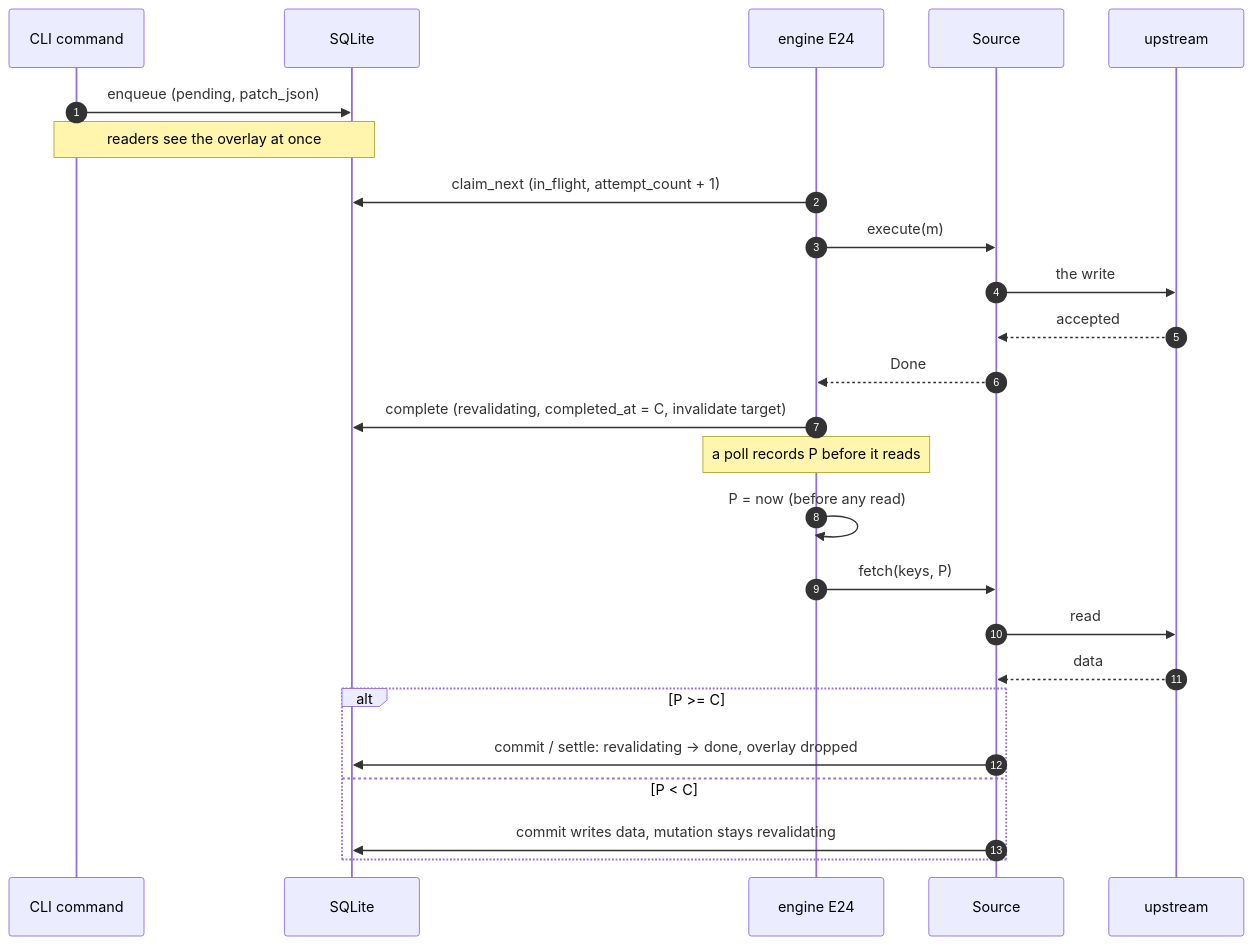
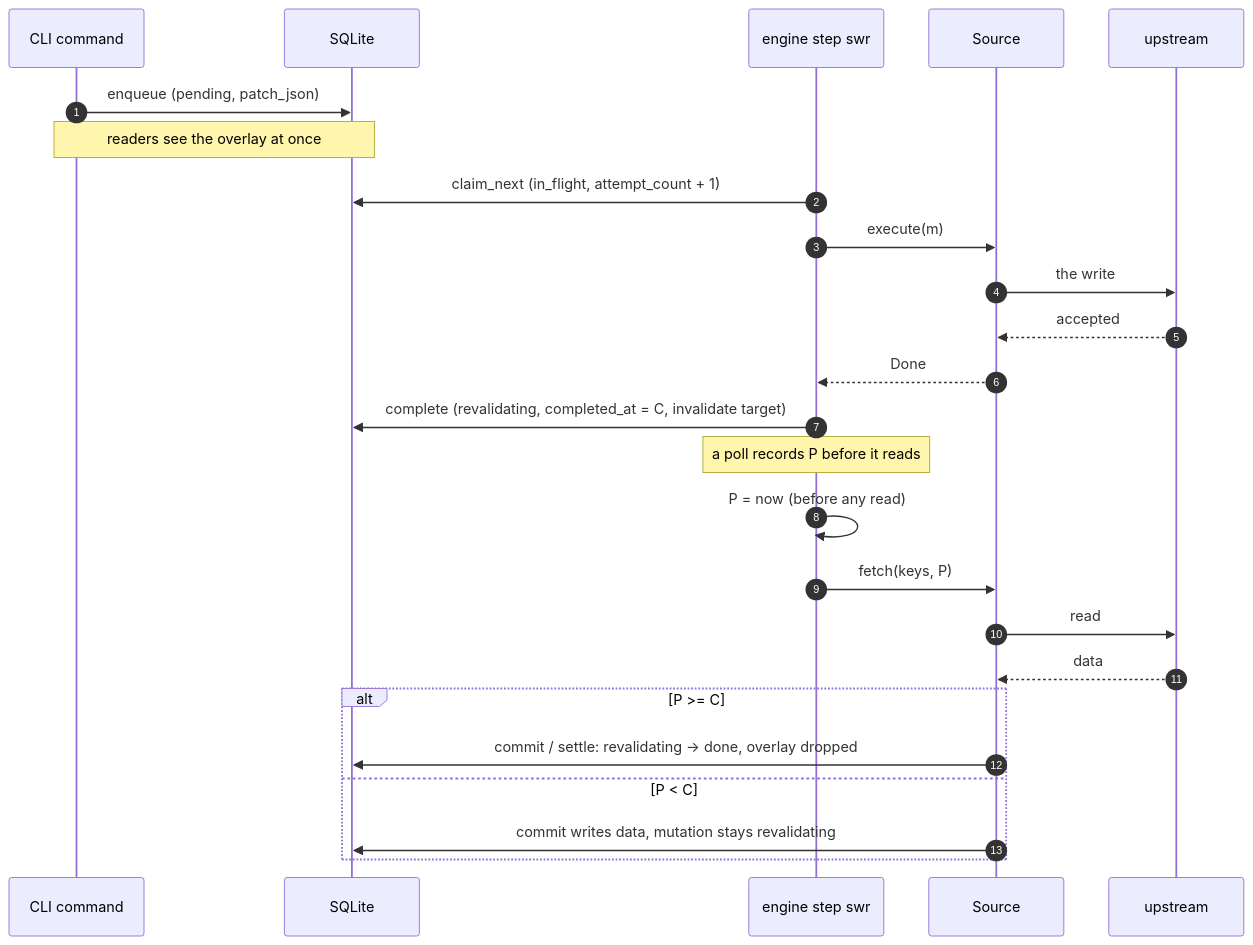
The second of 2 diagrams in docs/architecture/swr.md (clayton-duarte/cpd), drawn with Mermaid before and after one commit. The commit also changed other lines of this file and 23 other files, not shown here.

````diff
--- a/docs/architecture/swr.md
+++ b/docs/architecture/swr.md
@@ -403,28 +403,28 @@
 ```mermaid
 sequenceDiagram
   autonumber
   participant CLI as CLI command
   participant DB as SQLite
-  participant E24 as engine E24
+  participant SWR as engine step swr
   participant SRC as Source
   participant UP as upstream
 
   CLI->>DB: enqueue (pending, patch_json)
   Note over CLI,DB: readers see the overlay at once
-  E24->>DB: claim_next (in_flight, attempt_count + 1)
-  E24->>SRC: execute(m)
+  SWR->>DB: claim_next (in_flight, attempt_count + 1)
+  SWR->>SRC: execute(m)
   SRC->>UP: the write
   UP-->>SRC: accepted
-  SRC-->>E24: Done
-  E24->>DB: complete (revalidating, completed_at = C, invalidate target)
-  Note over E24: a poll records P before it reads
-  E24->>E24: P = now (before any read)
-  E24->>SRC: fetch(keys, P)
+  SRC-->>SWR: Done
+  SWR->>DB: complete (revalidating, completed_at = C, invalidate target)
+  Note over SWR: a poll records P before it reads
+  SWR->>SWR: P = now (before any read)
+  SWR->>SRC: fetch(keys, P)
   SRC->>UP: read
   UP-->>SRC: data
   alt P >= C
     SRC->>DB: commit / settle: revalidating -> done, overlay dropped
   else P < C
     SRC->>DB: commit writes data, mutation stays revalidating
   end
 ```
````
